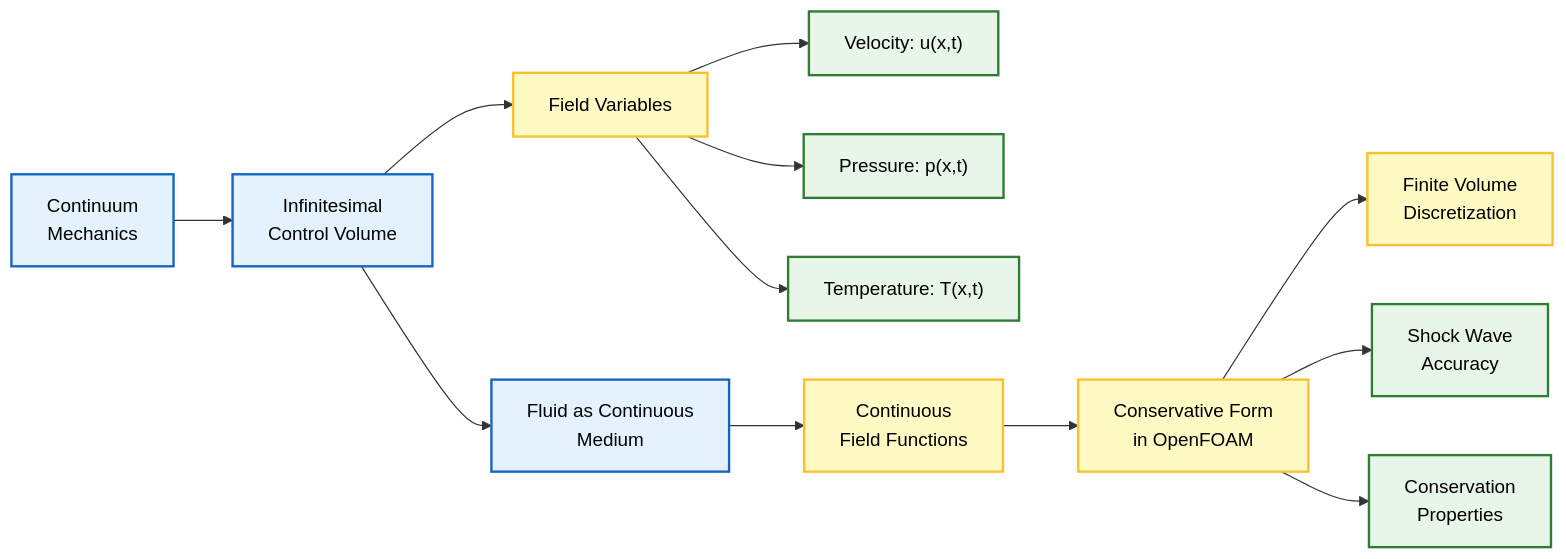
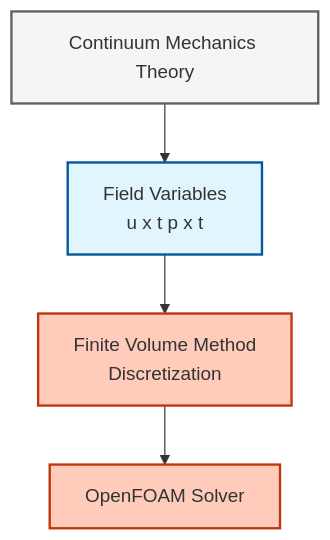
The first of 4 diagrams in MODULE_01_CFD_FUNDAMENTALS/CONTENT/01_GOVERNING_EQUATIONS/00_Overview.md (wramet/build-my-cfd), drawn with Mermaid before and after one commit. The commit also changed other lines of this file and 313 other files, not shown here.

Commit message:
Revise all diagram

````diff
--- a/MODULE_01_CFD_FUNDAMENTALS/CONTENT/01_GOVERNING_EQUATIONS/00_Overview.md
+++ b/MODULE_01_CFD_FUNDAMENTALS/CONTENT/01_GOVERNING_EQUATIONS/00_Overview.md
@@ -7,24 +7,14 @@
 ```mermaid
-graph LR
-    A["Continuum<br/>Mechanics"] --> B["Infinitesimal<br/>Control Volume"]
-    B --> C["Field Variables"]
-    C --> D["Velocity: u(x,t)"]
-    C --> E["Pressure: p(x,t)"]
-    C --> F["Temperature: T(x,t)"]
-    B --> G["Fluid as Continuous<br/>Medium"]
-    G --> H["Continuous<br/>Field Functions"]
-    H --> I["Conservative Form<br/>in OpenFOAM"]
-    I --> J["Finite Volume<br/>Discretization"]
-    I --> K["Shock Wave<br/>Accuracy"]
-    I --> L["Conservation<br/>Properties"]
+graph TD
+classDef implicit fill:#e1f5fe,stroke:#01579b,stroke-width:2px
+classDef explicit fill:#ffccbc,stroke:#bf360c,stroke-width:2px
+classDef context fill:#f5f5f5,stroke:#616161,stroke-width:2px
+Theory["Continuum Mechanics Theory"]:::context
+Vars["Field Variables<br/>u x t p x t"]:::implicit
+FVM["Finite Volume Method<br/>Discretization"]:::explicit
+Solver["OpenFOAM Solver"]:::explicit
 
-    %% Styling Definitions
-    classDef process fill:#e3f2fd,stroke:#1565c0,stroke-width:2px,color:#000;
-    classDef decision fill:#fff9c4,stroke:#fbc02d,stroke-width:2px,color:#000;
-    classDef terminator fill:#ffebee,stroke:#c62828,stroke-width:2px,color:#000;
-    classDef storage fill:#e8f5e9,stroke:#2e7d32,stroke-width:2px,color:#000;
-
-    class A,B,G process;
-    class C,H,I,J decision;
-    class D,E,F,K,L storage;
+Theory --> Vars
+Vars --> FVM
+FVM --> Solver
 ```
````
